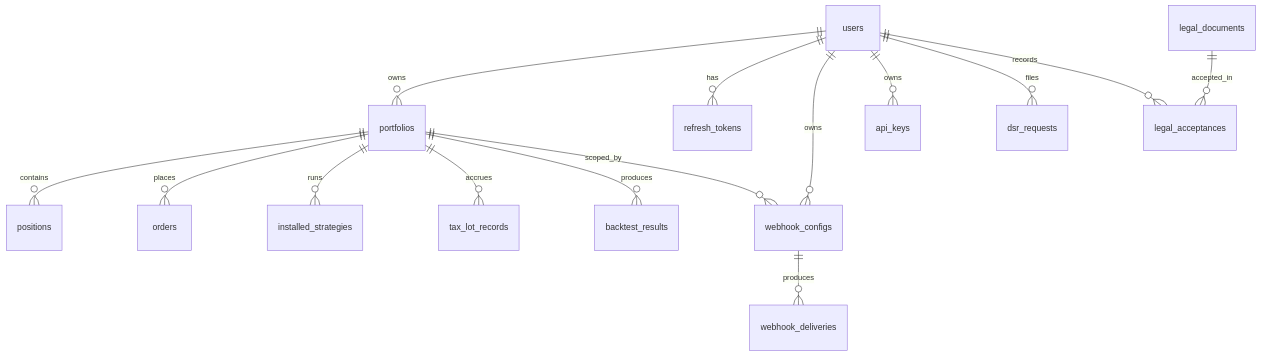
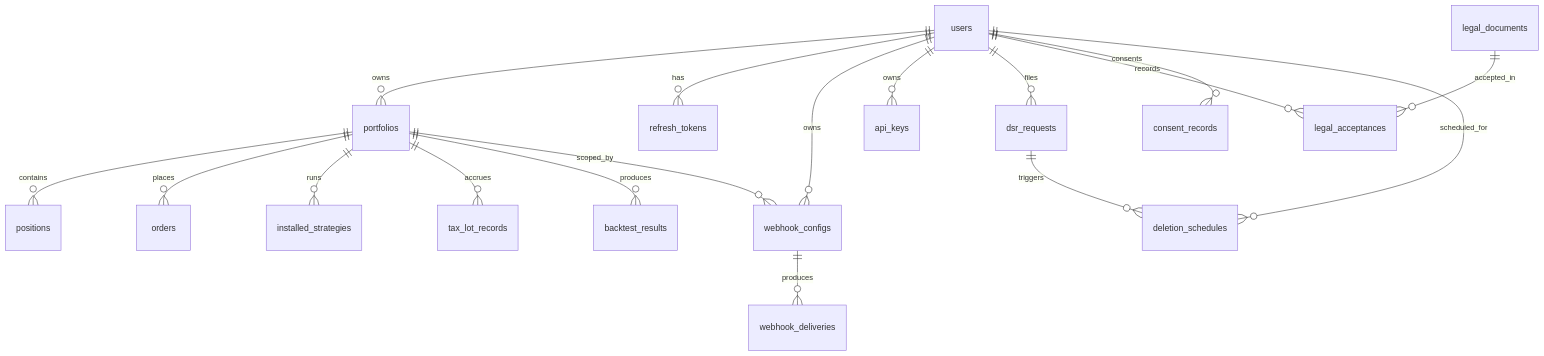
Before and after one commit to SevFle/nexus-trade-engine: the diagram in docs/data-model.md, drawn with Mermaid. The commit also changed other lines of this file and 5 other files, not shown here.

First line of the commit message:
docs(legal): Document dependency bugs in legal acceptance flow

````diff
--- a/docs/data-model.md
+++ b/docs/data-model.md
@@ -14,19 +14,22 @@
 ```mermaid
 erDiagram
     users ||--o{ portfolios : owns
     users ||--o{ refresh_tokens : has
     users ||--o{ webhook_configs : owns
     users ||--o{ api_keys : owns
     users ||--o{ dsr_requests : files
     users ||--o{ legal_acceptances : records
+    users ||--o{ consent_records : consents
+    users ||--o{ deletion_schedules : scheduled_for
+    dsr_requests ||--o{ deletion_schedules : triggers
 
     portfolios ||--o{ positions : contains
     portfolios ||--o{ orders : places
     portfolios ||--o{ installed_strategies : runs
     portfolios ||--o{ tax_lot_records : accrues
     portfolios ||--o{ backtest_results : produces
     portfolios ||--o{ webhook_configs : scoped_by
 
     webhook_configs ||--o{ webhook_deliveries : produces
     legal_documents ||--o{ legal_acceptances : accepted_in
 ```
````
